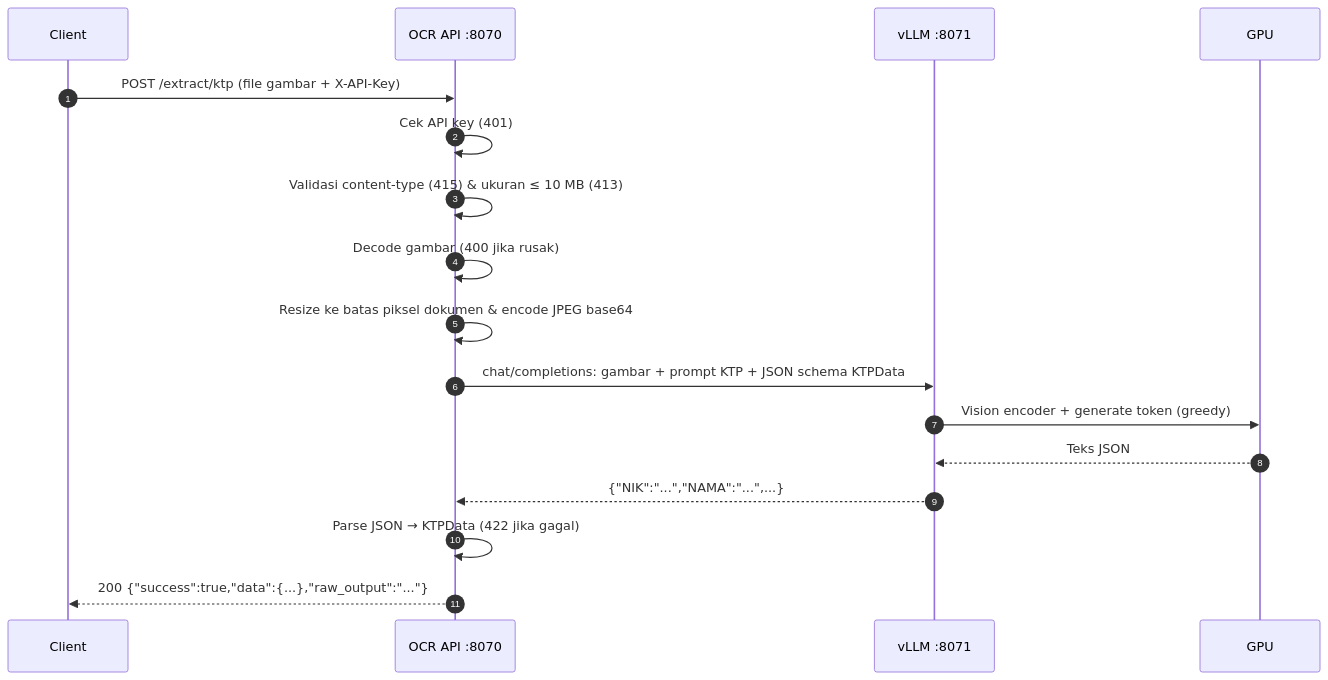
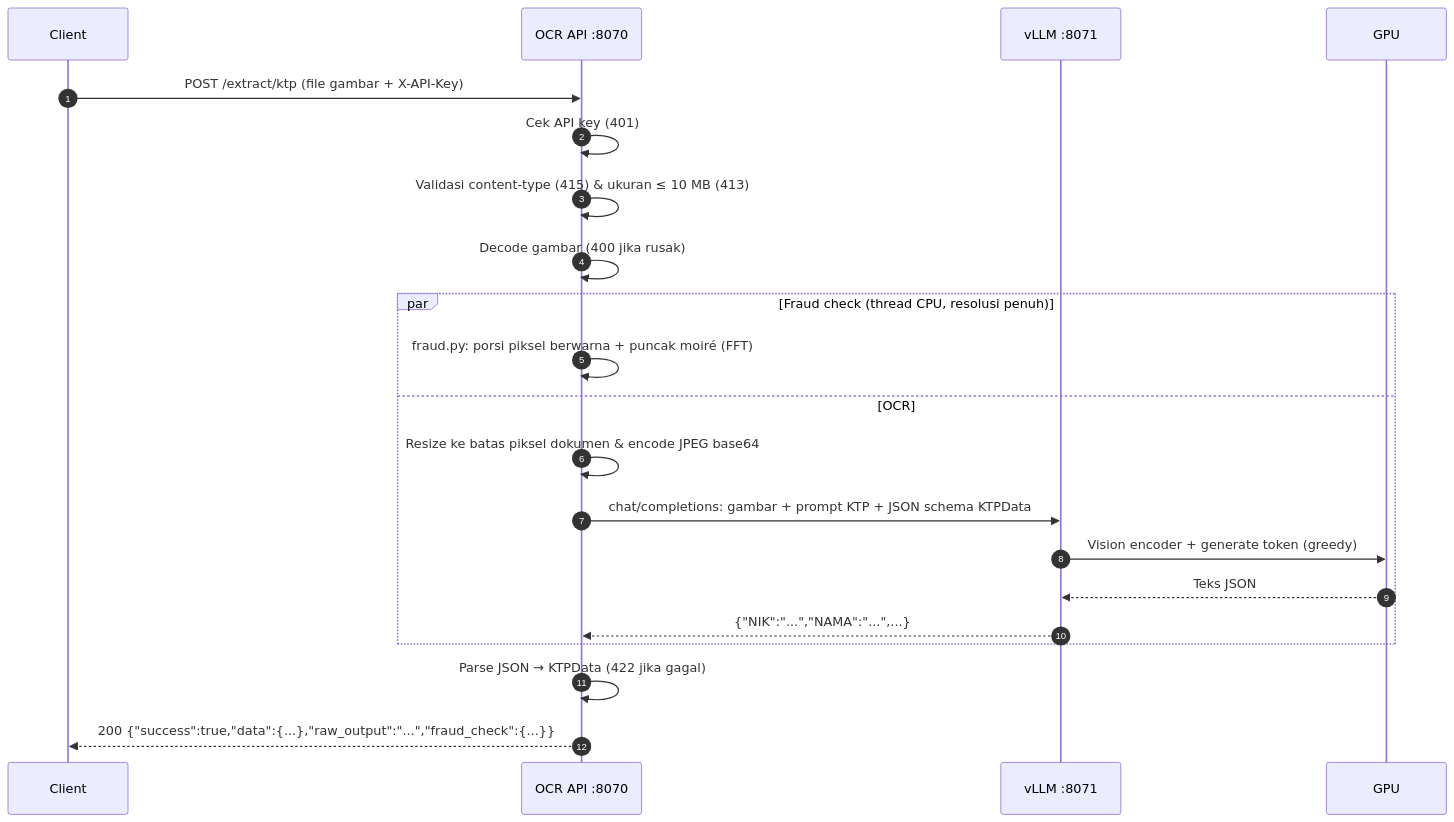
One commit to sivi-shahab/OCR-KTP-NPWP changed the second of 3 diagrams in docs/guide/arsitektur.md. Above: the diagram before and after it, drawn with Mermaid. The commit also changed other lines of this file and 10 other files, not shown here.

First line of the commit message:
Document fraud check across the docs site

````diff
--- a/docs/guide/arsitektur.md
+++ b/docs/guide/arsitektur.md
@@ -40,20 +40,24 @@
 ```mermaid
 sequenceDiagram
     autonumber
     participant C as Client
     participant A as OCR API :8070
     participant V as vLLM :8071
     participant G as GPU
 
     C->>A: POST /extract/ktp (file gambar + X-API-Key)
     A->>A: Cek API key (401)
     A->>A: Validasi content-type (415) & ukuran ≤ 10 MB (413)
     A->>A: Decode gambar (400 jika rusak)
-    A->>A: Resize ke batas piksel dokumen & encode JPEG base64
-    A->>V: chat/completions: gambar + prompt KTP + JSON schema KTPData
-    V->>G: Vision encoder + generate token (greedy)
-    G-->>V: Teks JSON
-    V-->>A: {"NIK":"...","NAMA":"...",...}
+    par Fraud check (thread CPU, resolusi penuh)
+        A->>A: fraud.py: porsi piksel berwarna + puncak moiré (FFT)
+    and OCR
+        A->>A: Resize ke batas piksel dokumen & encode JPEG base64
+        A->>V: chat/completions: gambar + prompt KTP + JSON schema KTPData
+        V->>G: Vision encoder + generate token (greedy)
+        G-->>V: Teks JSON
+        V-->>A: {"NIK":"...","NAMA":"...",...}
+    end
     A->>A: Parse JSON → KTPData (422 jika gagal)
-    A-->>C: 200 {"success":true,"data":{...},"raw_output":"..."}
+    A-->>C: 200 {"success":true,"data":{...},"raw_output":"...","fraud_check":{...}}
 ```
````
